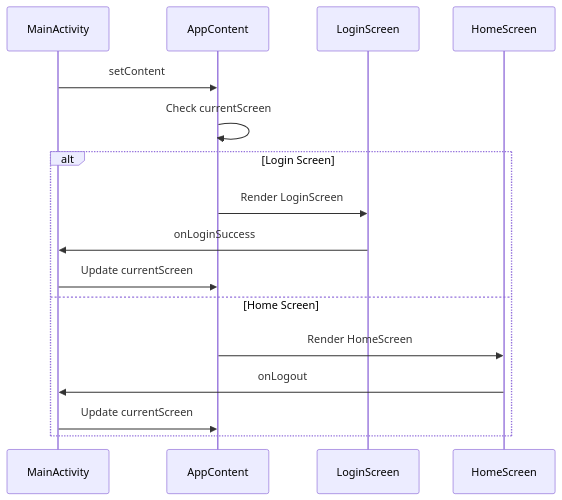
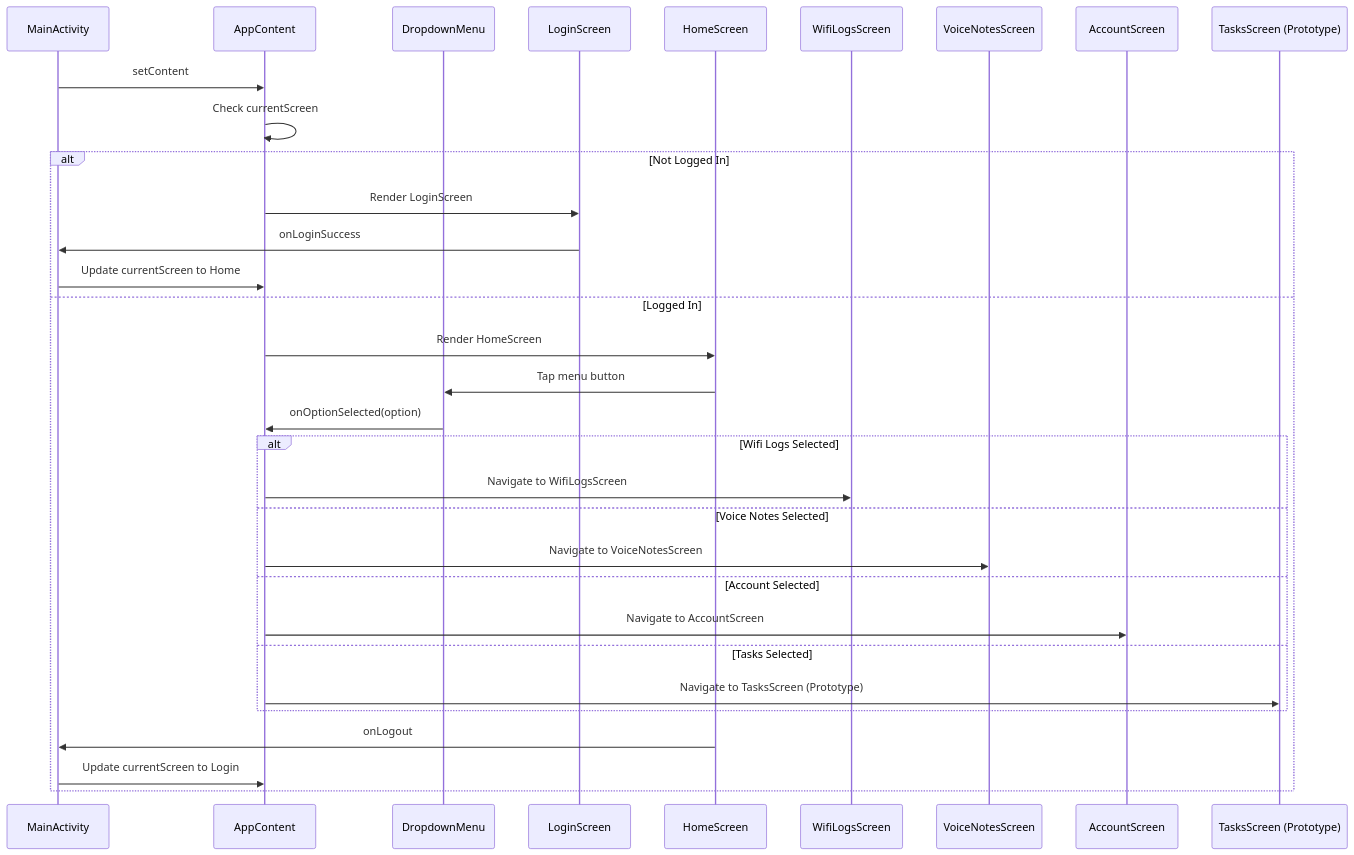
The second of 7 diagrams in MainActivity.md (rcznp/test_doc_2), drawn with Mermaid before and after one commit. The commit also changed other lines of this file, not shown here.

````diff
--- a/MainActivity.md
+++ b/MainActivity.md
@@ -89,19 +89,36 @@
 ```mermaid
 sequenceDiagram
     participant MA as MainActivity
     participant AC as AppContent
+    participant Menu as DropdownMenu
     participant LS as LoginScreen
     participant HS as HomeScreen
+    participant WL as WifiLogsScreen
+    participant VN as VoiceNotesScreen
+    participant ACCT as AccountScreen
+    participant TS as TasksScreen (Prototype)
 
     MA->>AC: setContent
     AC->>AC: Check currentScreen
-    alt Login Screen
+    alt Not Logged In
         AC->>LS: Render LoginScreen
         LS->>MA: onLoginSuccess
-        MA->>AC: Update currentScreen
-    else Home Screen
+        MA->>AC: Update currentScreen to Home
+    else Logged In
         AC->>HS: Render HomeScreen
+        HS->>Menu: Tap menu button
+        Menu->>AC: onOptionSelected(option)
+        alt Wifi Logs Selected
+            AC->>WL: Navigate to WifiLogsScreen
+        else Voice Notes Selected
+            AC->>VN: Navigate to VoiceNotesScreen
+        else Account Selected
+            AC->>ACCT: Navigate to AccountScreen
+        else Tasks Selected
+            AC->>TS: Navigate to TasksScreen (Prototype)
+        end
         HS->>MA: onLogout
-        MA->>AC: Update currentScreen
+        MA->>AC: Update currentScreen to Login
     end
+
 ```
````
